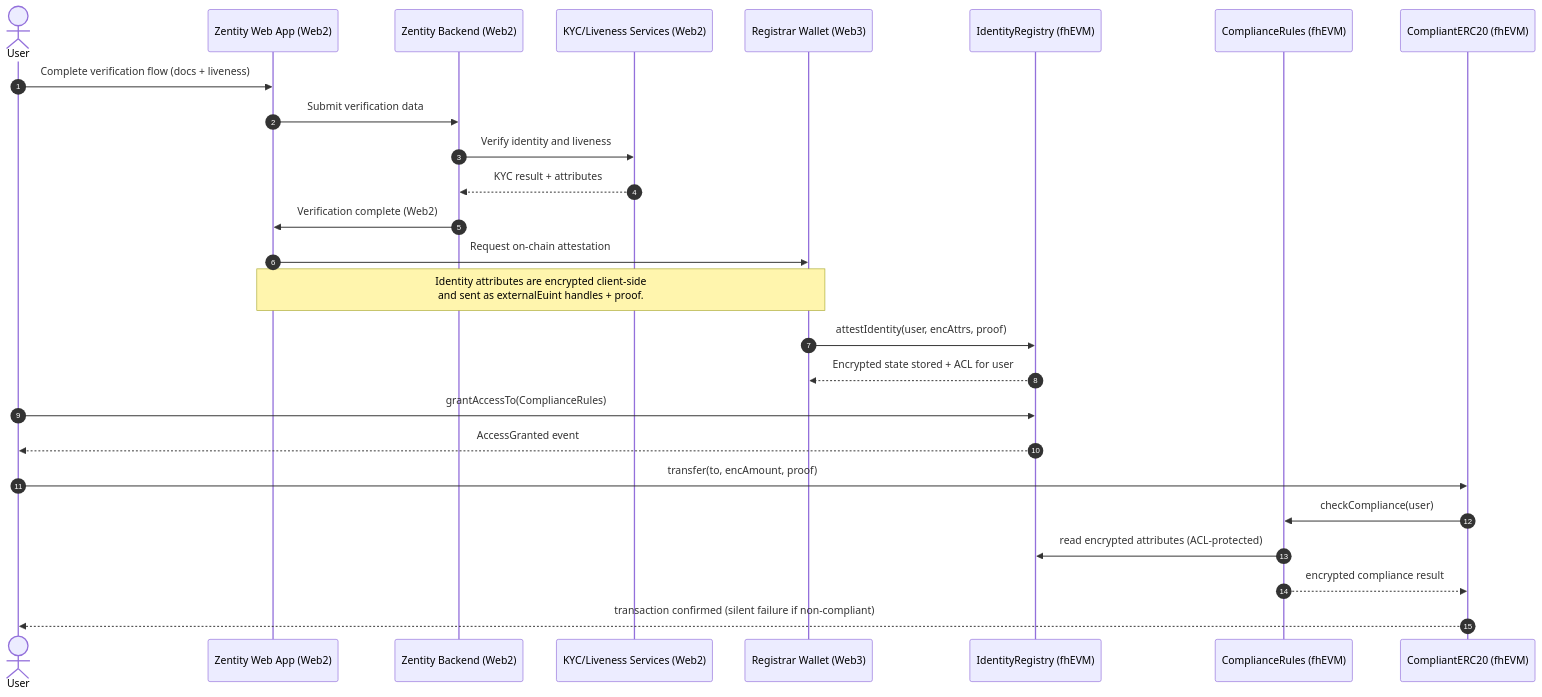
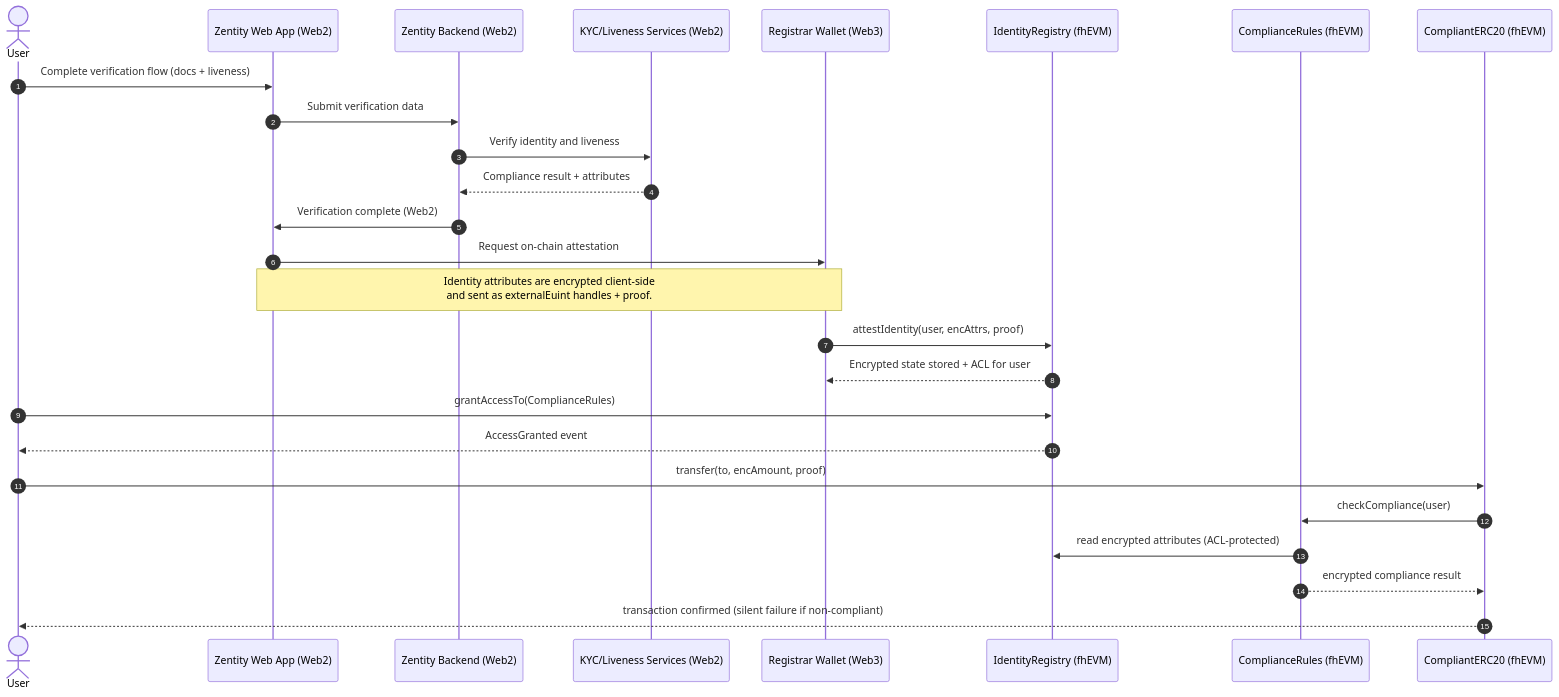
Before and after one commit to gustavovalverde/zentity-fhevm-contracts: the diagram in contracts/ARCHITECTURE_EXPLAINER.md, drawn with Mermaid. The commit also changed other lines of this file and 20 other files, not shown here.

Commit message:
feat(contracts): rename kyc to compliance level

````diff
--- a/contracts/ARCHITECTURE_EXPLAINER.md
+++ b/contracts/ARCHITECTURE_EXPLAINER.md
@@ -8,34 +8,34 @@
 ```mermaid
 sequenceDiagram
     autonumber
     actor User
     participant UI as Zentity Web App (Web2)
     participant BE as Zentity Backend (Web2)
-    participant KYC as KYC/Liveness Services (Web2)
+    participant Verifier as KYC/Liveness Services (Web2)
     participant Registrar as Registrar Wallet (Web3)
     participant IR as IdentityRegistry (fhEVM)
     participant CR as ComplianceRules (fhEVM)
     participant ERC as CompliantERC20 (fhEVM)
 
     User->>UI: Complete verification flow (docs + liveness)
     UI->>BE: Submit verification data
-    BE->>KYC: Verify identity and liveness
-    KYC-->>BE: KYC result + attributes
+    BE->>Verifier: Verify identity and liveness
+    Verifier-->>BE: Compliance result + attributes
 
     BE->>UI: Verification complete (Web2)
     UI->>Registrar: Request on-chain attestation
 
     Note over UI,Registrar: Identity attributes are encrypted client-side<br/>and sent as externalEuint handles + proof.
 
     Registrar->>IR: attestIdentity(user, encAttrs, proof)
     IR-->>Registrar: Encrypted state stored + ACL for user
 
     User->>IR: grantAccessTo(ComplianceRules)
     IR-->>User: AccessGranted event
 
     User->>ERC: transfer(to, encAmount, proof)
     ERC->>CR: checkCompliance(user)
     CR->>IR: read encrypted attributes (ACL-protected)
     CR-->>ERC: encrypted compliance result
     ERC-->>User: transaction confirmed (silent failure if non-compliant)
 ```
````
